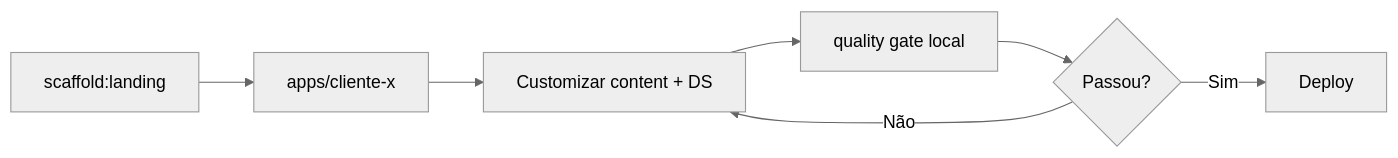
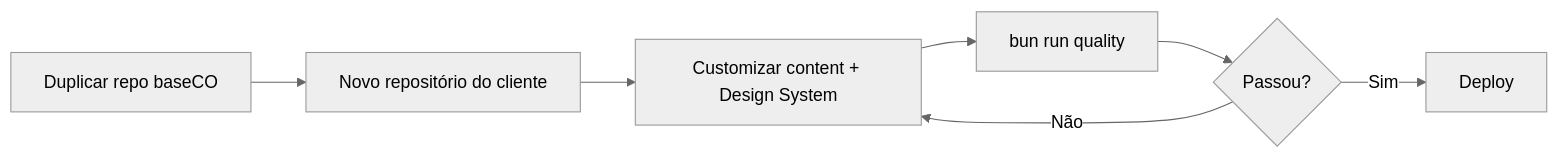
Before and after one commit to MarlonVictor/baseCO: the diagram in docs/PLANO-BOILERPLATE-CORPORATIVO.md, drawn with Mermaid (neutral theme). The commit also changed other lines of this file and 45 other files, not shown here.

````diff
--- a/docs/PLANO-BOILERPLATE-CORPORATIVO.md
+++ b/docs/PLANO-BOILERPLATE-CORPORATIVO.md
@@ -179,9 +126,9 @@
 ```mermaid
 flowchart LR
-    A[scaffold:landing] --> B[apps/cliente-x]
-    B --> C[Customizar content + DS]
-    C --> D[quality gate local]
+    A[Duplicar repo baseCO] --> B[Novo repositório do cliente]
+    B --> C[Customizar content + Design System]
+    C --> D[bun run quality]
     D --> E{Passou?}
     E -->|Sim| F[Deploy]
     E -->|Não| C
 ```
````
